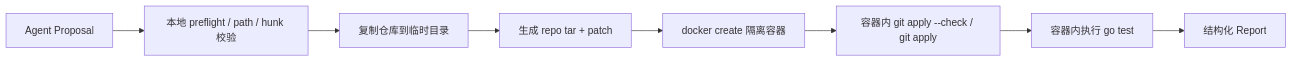
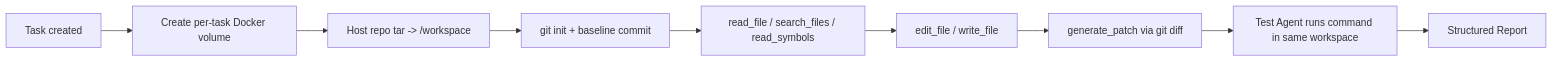
The diagram in docs/12-docker-sandbox.md (whale4rain/CodeCoDriver), drawn with Mermaid before and after one commit. The commit also changed other lines of this file and 29 other files, not shown here.

Commit message:
feat: run all file tools inside docker sandbox workspace

````diff
--- a/docs/12-docker-sandbox.md
+++ b/docs/12-docker-sandbox.md
@@ -32,10 +32,11 @@
 ```mermaid
 flowchart LR
-  Proposal[Agent Proposal] --> Preflight[本地 preflight / path / hunk 校验]
-  Preflight --> Copy[复制仓库到临时目录]
-  Copy --> Tar[生成 repo tar + patch]
-  Tar --> Create[docker create 隔离容器]
-  Create --> Apply[容器内 git apply --check / git apply]
-  Apply --> Test[容器内执行 go test]
-  Test --> Report[结构化 Report]
+  Task[Task created] --> Create[Create per-task Docker volume]
+  Create --> Import[Host repo tar -> /workspace]
+  Import --> Baseline[git init + baseline commit]
+  Baseline --> Read[read_file / search_files / read_symbols]
+  Read --> Edit[edit_file / write_file]
+  Edit --> Patch[generate_patch via git diff]
+  Patch --> Test[Test Agent runs command in same workspace]
+  Test --> Report[Structured Report]
 ```
````
